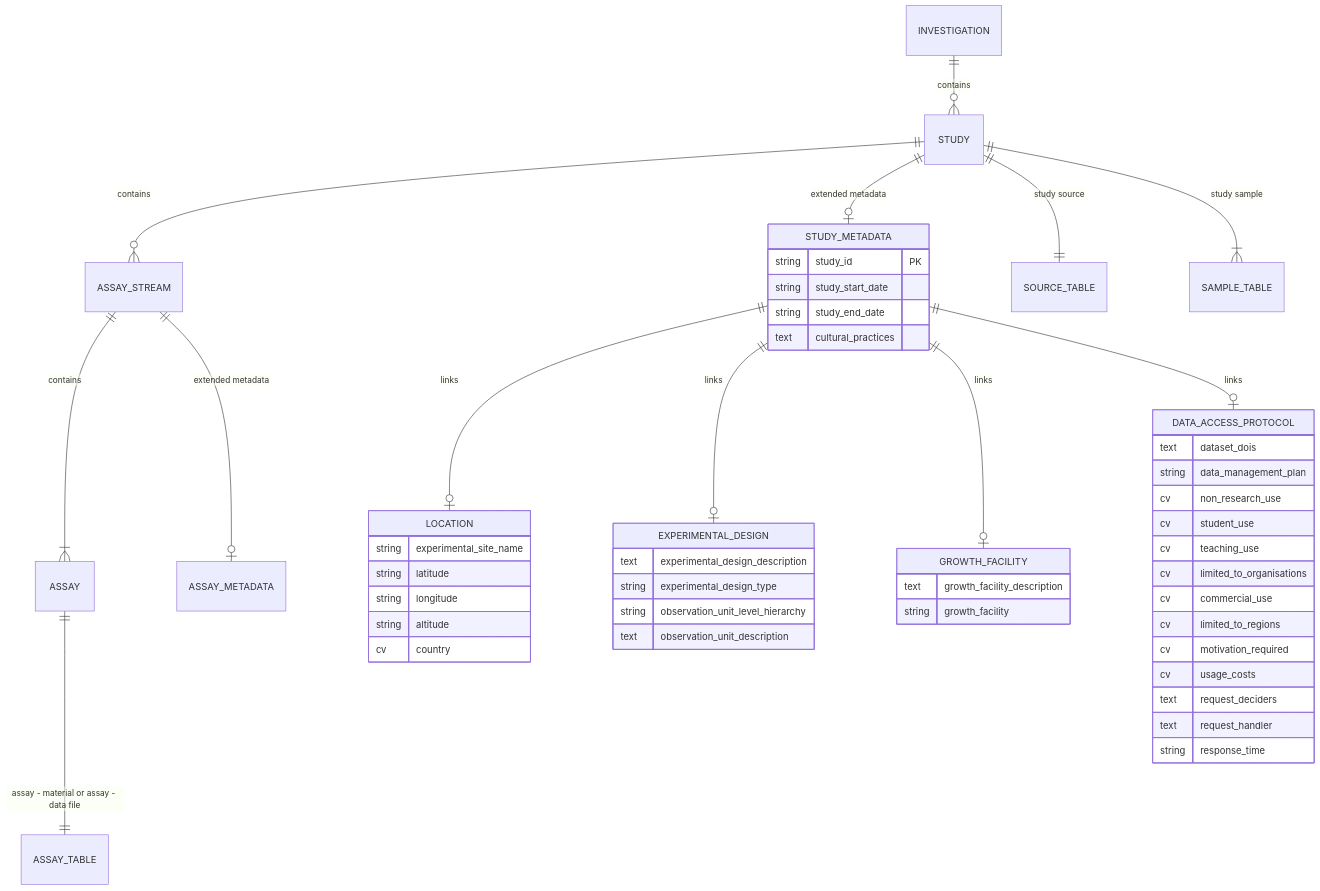
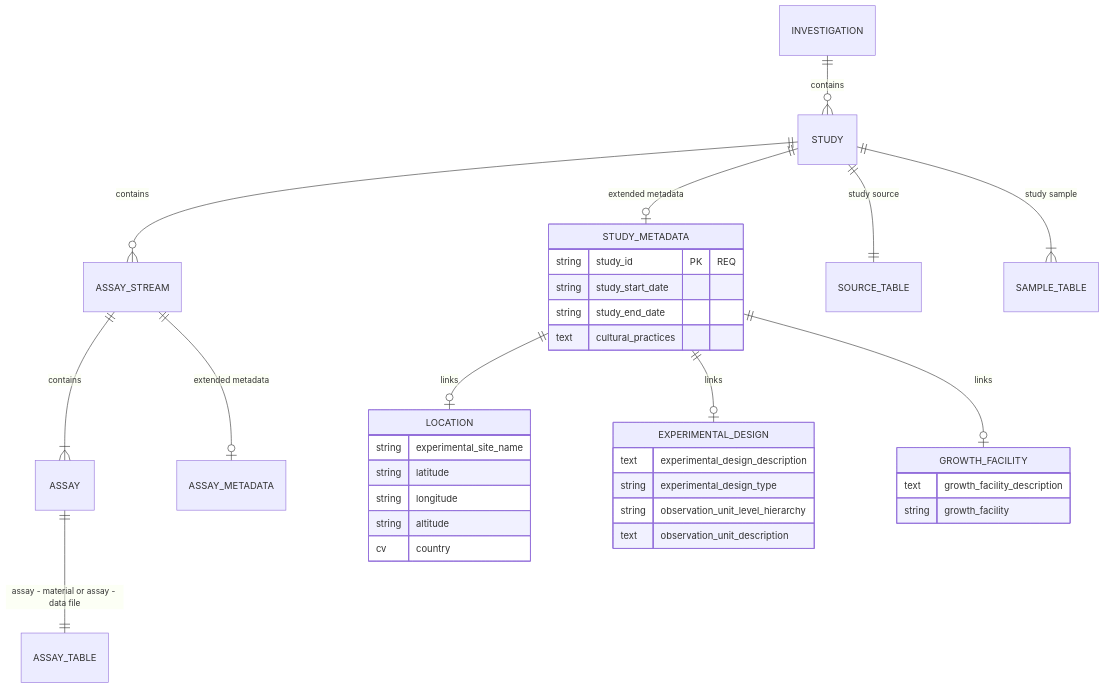
Before and after one commit to CropXR/documentation: the first of 5 diagrams in docs/concepts/metadata-model.md, drawn with Mermaid. The commit also changed other lines of this file, not shown here.

Commit message:
docs(concepts): draw the diagrams from model 1.0 as requested, not the current 1.3.0

````diff
--- a/docs/concepts/metadata-model.md
+++ b/docs/concepts/metadata-model.md
@@ -71,54 +71,38 @@
 ```mermaid
 erDiagram
     INVESTIGATION ||--o{ STUDY : contains
     STUDY ||--o{ ASSAY_STREAM : contains
     ASSAY_STREAM ||--|{ ASSAY : contains
     STUDY ||--o| STUDY_METADATA : "extended metadata"
     ASSAY_STREAM ||--o| ASSAY_METADATA : "extended metadata"
     STUDY_METADATA ||--o| LOCATION : links
     STUDY_METADATA ||--o| EXPERIMENTAL_DESIGN : links
     STUDY_METADATA ||--o| GROWTH_FACILITY : links
-    STUDY_METADATA ||--o| DATA_ACCESS_PROTOCOL : links
     STUDY ||--|| SOURCE_TABLE : "study source"
     STUDY ||--|{ SAMPLE_TABLE : "study sample"
     ASSAY ||--|| ASSAY_TABLE : "assay - material or assay - data file"
 
     STUDY_METADATA {
-        string study_id PK
+        string study_id PK "REQ"
         string study_start_date
         string study_end_date
         text cultural_practices
     }
     LOCATION {
         string experimental_site_name
         string latitude
         string longitude
         string altitude
         cv country
     }
     EXPERIMENTAL_DESIGN {
         text experimental_design_description
         string experimental_design_type
         string observation_unit_level_hierarchy
         text observation_unit_description
     }
     GROWTH_FACILITY {
         text growth_facility_description
         string growth_facility
     }
-    DATA_ACCESS_PROTOCOL {
-        text dataset_dois
-        string data_management_plan
-        cv non_research_use
-        cv student_use
-        cv teaching_use
-        cv limited_to_organisations
-        cv commercial_use
-        cv limited_to_regions
-        cv motivation_required
-        cv usage_costs
-        text request_deciders
-        text request_handler
-        string response_time
-    }
 ```
````
